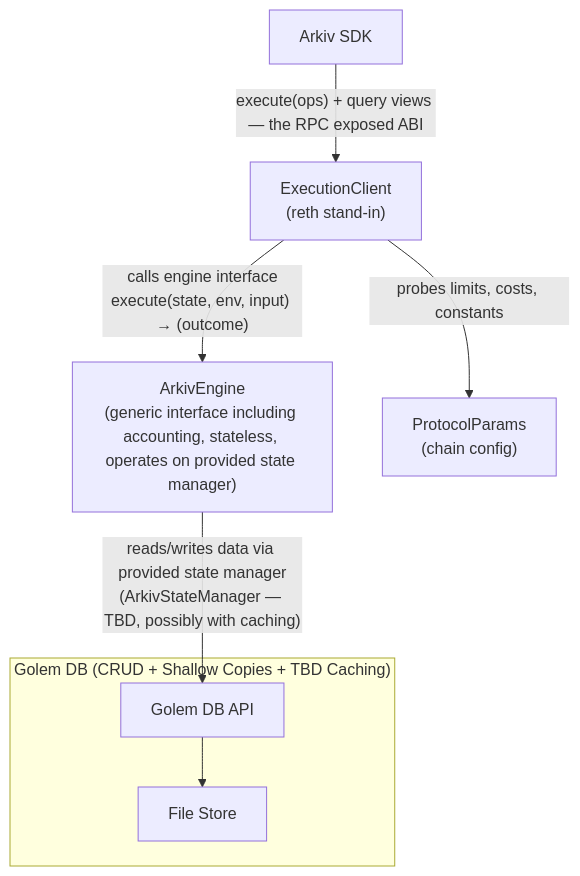
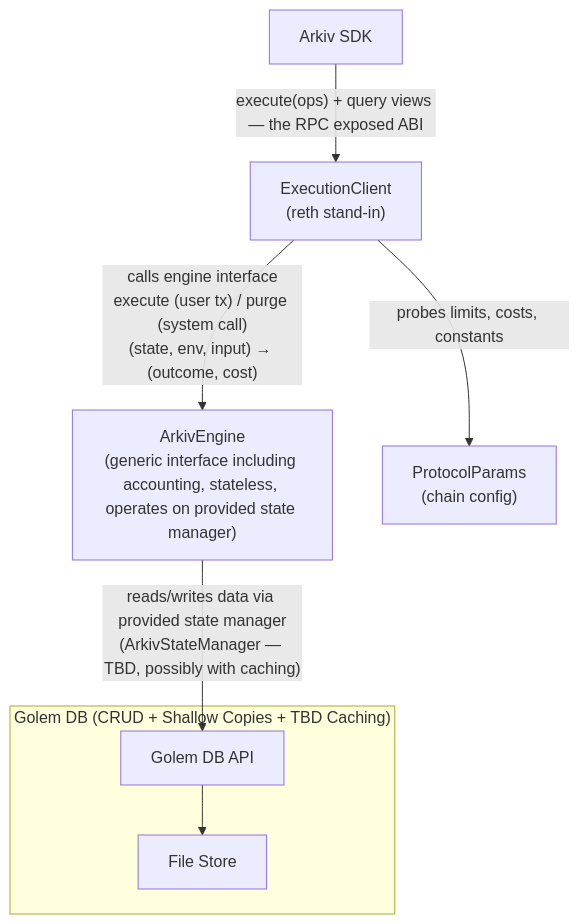
One commit to Arkiv-Network/arkiv-contracts changed the diagram in docs/arkiv-engine.md. Above: the diagram before and after it, drawn with Mermaid. The commit also changed other lines of this file, not shown here.

Commit message:
add purge and mint as arkiv entity functions

````diff
--- a/docs/arkiv-engine.md
+++ b/docs/arkiv-engine.md
@@ -5,18 +5,18 @@
 ```mermaid
 graph TD
     SDK["Arkiv SDK"]
     EC["ExecutionClient<br/>(reth stand-in)"]
     AE["ArkivEngine<br/>(generic interface including accounting, stateless, operates on provided state manager)"]
     PP["ProtocolParams<br/>(chain config)"]
 
     subgraph GD["Golem DB (CRUD + Shallow Copies + TBD Caching)"]
         RS["Golem DB API"]
         FS["File Store"]
         RS --> FS
     end
 
     SDK -->|"execute(ops) + query views — the RPC exposed ABI"| EC
     EC -->|"probes limits, costs, constants"| PP
-    EC -->|"calls engine interface<br/>execute(state, env, input) → (outcome)"| AE
+    EC -->|"calls engine interface<br/>execute (user tx) / purge (system call)<br/>(state, env, input) → (outcome, cost)"| AE
     AE -->|"reads/writes data via provided state manager<br/>(ArkivStateManager — TBD, possibly with caching)"| RS
 ```
````
